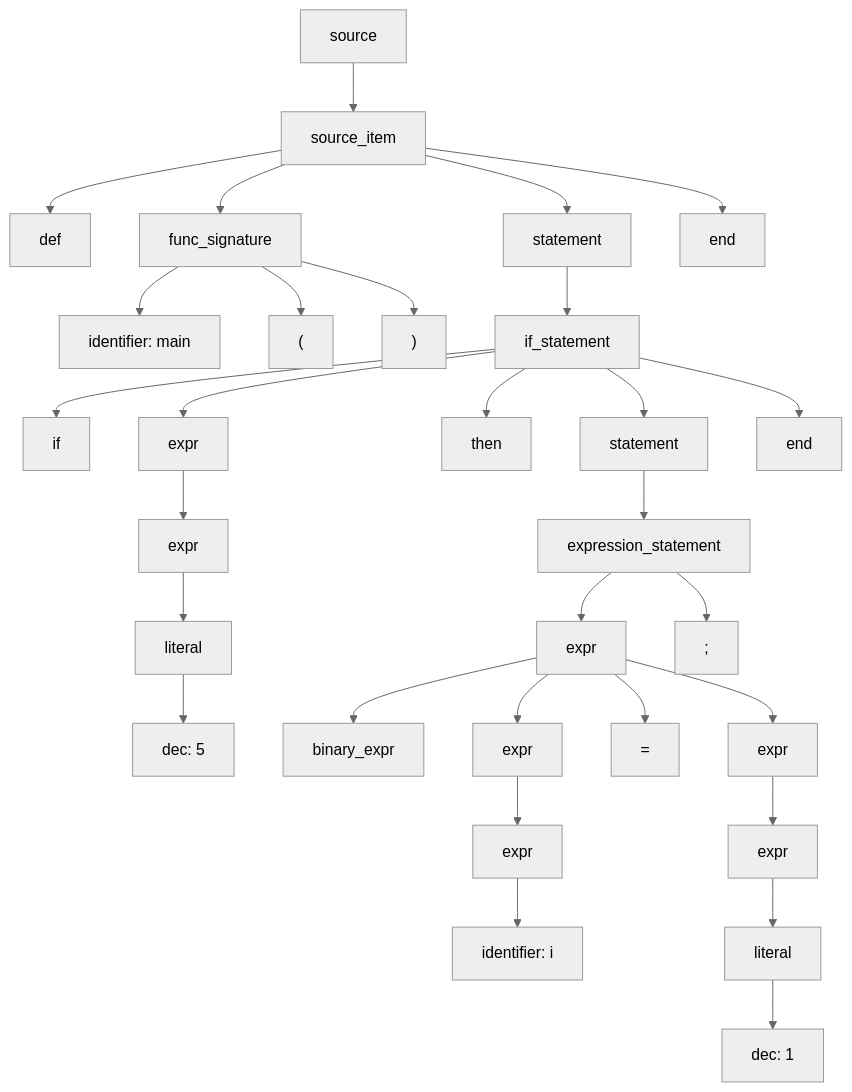
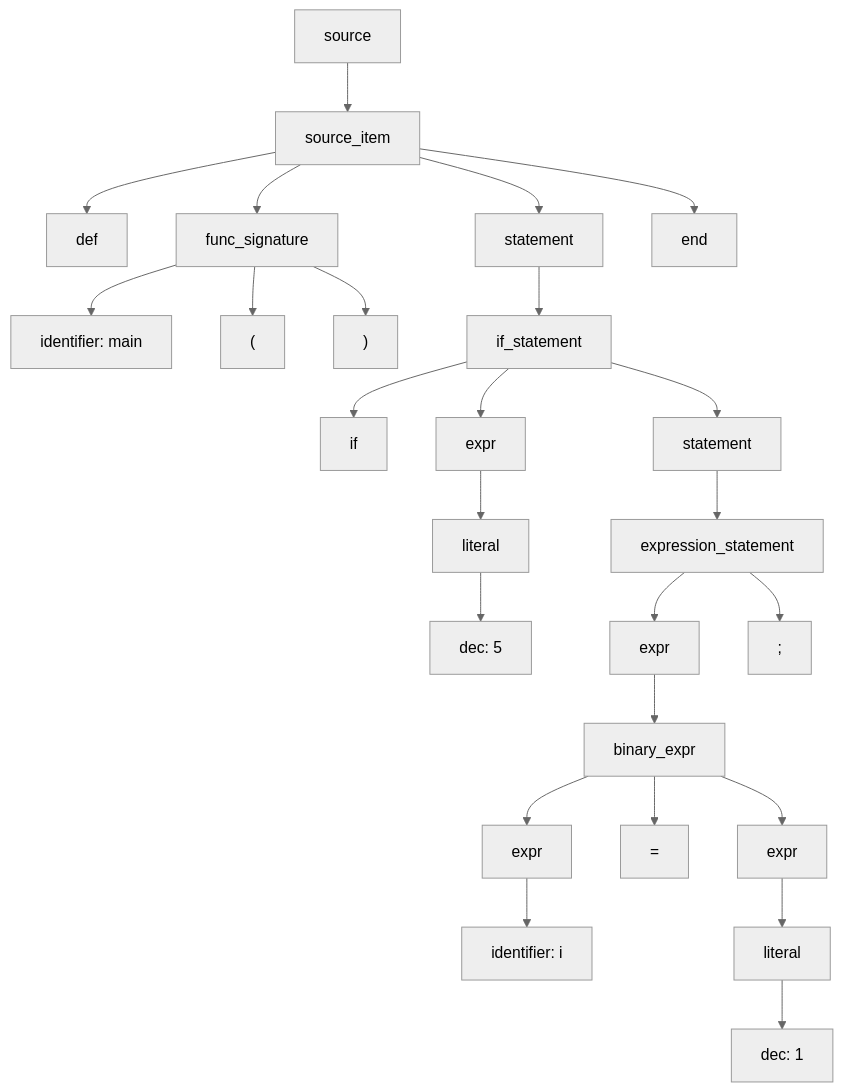
Before and after one commit to ErnandesDaniel/system-software-lab-2-1: the diagram in examples/if_statement/output.mmd, drawn with Mermaid (neutral theme). The commit also changed 4 other files, not shown here.

```diff
--- a/examples/if_statement/output.mmd
+++ b/examples/if_statement/output.mmd
@@ -1,60 +1,50 @@
 graph TD;
 N0["source"]
 N1["source_item"]
 N0 --> N1
 N2["def"]
 N1 --> N2
 N3["func_signature"]
 N1 --> N3
 N4["identifier: main"]
 N3 --> N4
 N5["("]
 N3 --> N5
 N6[")"]
 N3 --> N6
 N7["statement"]
 N1 --> N7
 N8["if_statement"]
 N7 --> N8
 N9["if"]
 N8 --> N9
 N10["expr"]
 N8 --> N10
-N11["expr"]
+N11["literal"]
 N10 --> N11
-N12["literal"]
+N12["dec: 5"]
 N11 --> N12
-N13["dec: 5"]
-N12 --> N13
-N14["then"]
-N8 --> N14
-N15["statement"]
-N8 --> N15
-N16["expression_statement"]
+N13["statement"]
+N8 --> N13
+N14["expression_statement"]
+N13 --> N14
+N15["expr"]
+N14 --> N15
+N16["binary_expr"]
 N15 --> N16
 N17["expr"]
 N16 --> N17
-N18["binary_expr"]
+N18["identifier: i"]
 N17 --> N18
-N19["expr"]
-N17 --> N19
+N19["="]
+N16 --> N19
 N20["expr"]
-N19 --> N20
-N21["identifier: i"]
+N16 --> N20
+N21["literal"]
 N20 --> N21
-N22["="]
-N17 --> N22
-N23["expr"]
-N17 --> N23
-N24["expr"]
-N23 --> N24
-N25["literal"]
-N24 --> N25
-N26["dec: 1"]
-N25 --> N26
-N27[";"]
-N16 --> N27
-N28["end"]
-N8 --> N28
-N29["end"]
-N1 --> N29
+N22["dec: 1"]
+N21 --> N22
+N23[";"]
+N14 --> N23
+N24["end"]
+N1 --> N24
```
